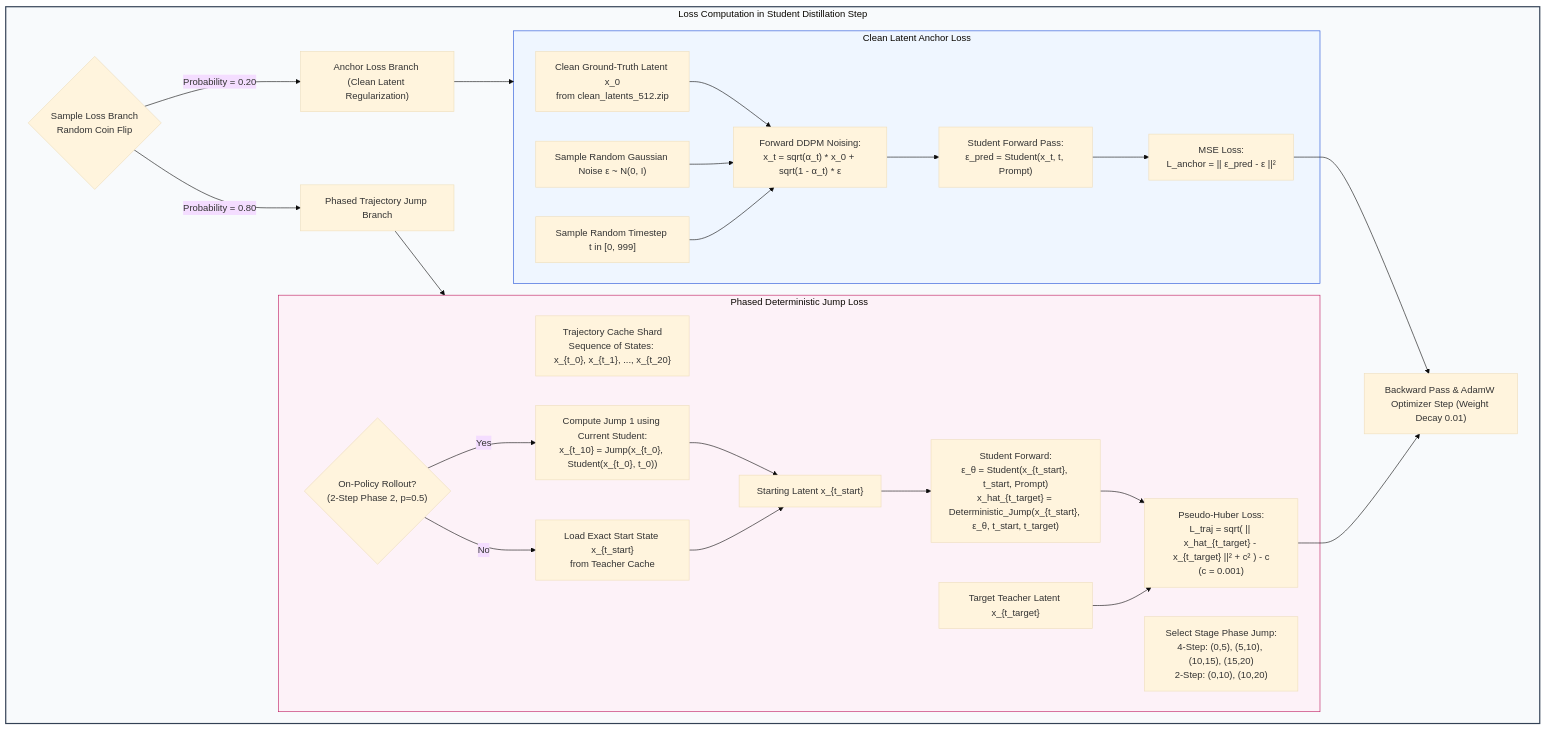
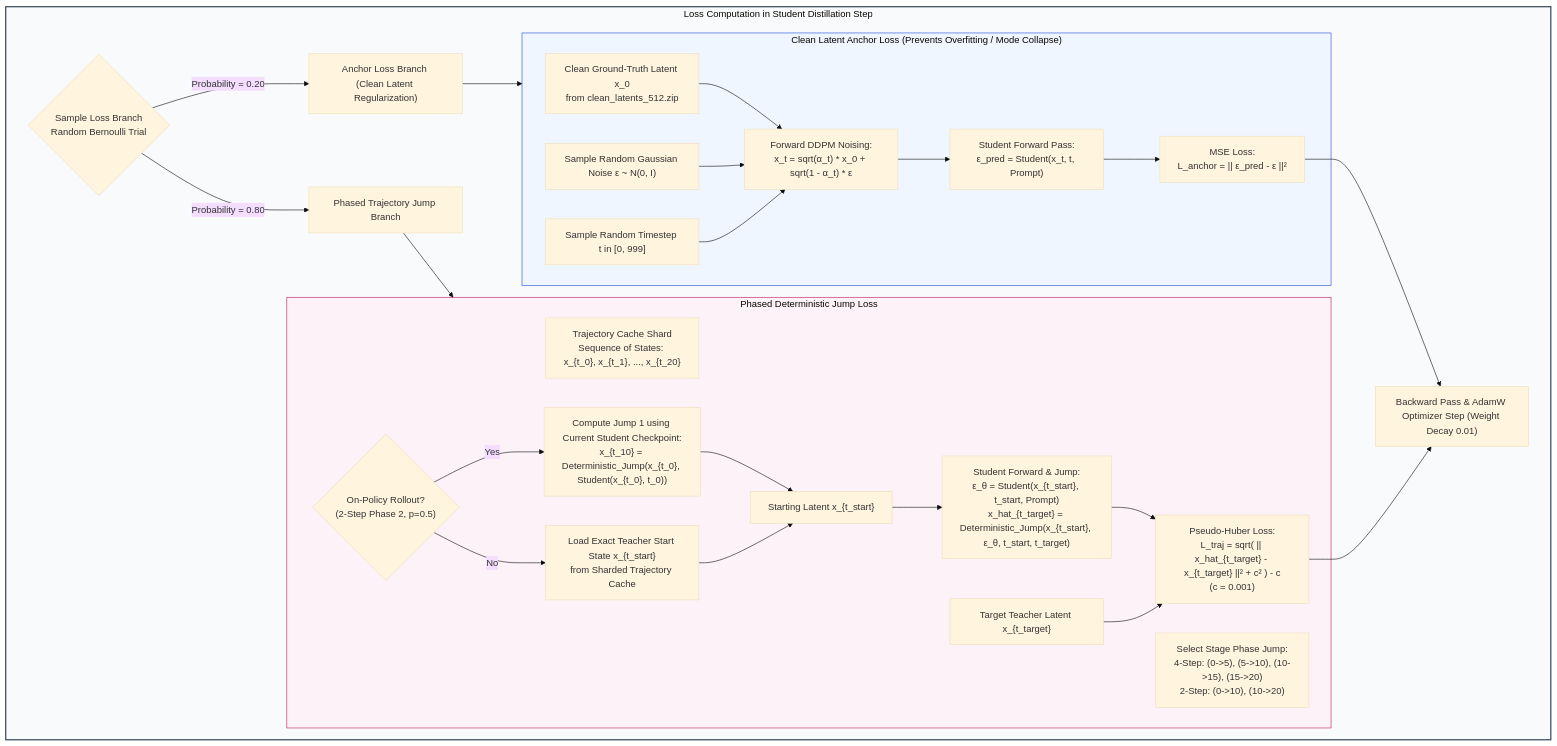
Before and after one commit to jackyckp/efficient-pixart-sigma-lora: the third of 7 diagrams in ARCHITECTURE_DIAGRAMS.md, drawn with Mermaid (base theme). The commit also changed other lines of this file and 6 other files, not shown here.

````diff
--- a/ARCHITECTURE_DIAGRAMS.md
+++ b/ARCHITECTURE_DIAGRAMS.md
@@ -153,52 +153,52 @@
 ```mermaid
 flowchart TD
     subgraph LossFormulation["Loss Computation in Student Distillation Step"]
-        Dice{"Sample Loss Branch<br/>Random Coin Flip"}
+        Dice{"Sample Loss Branch<br/>Random Bernoulli Trial"}
         
         Dice -->|Probability = 0.20| AnchorBranch["Anchor Loss Branch (Clean Latent Regularization)"]
         Dice -->|Probability = 0.80| TrajectoryBranch["Phased Trajectory Jump Branch"]
         
-        subgraph AnchorLoss["Clean Latent Anchor Loss"]
+        subgraph AnchorLoss["Clean Latent Anchor Loss (Prevents Overfitting / Mode Collapse)"]
             Z0["Clean Ground-Truth Latent x_0<br/>from clean_latents_512.zip"]
             Noise["Sample Random Gaussian Noise ε ~ N(0, I)"]
             T_rand["Sample Random Timestep t in [0, 999]"]
             Zt["Forward DDPM Noising:<br/>x_t = sqrt(α_t) * x_0 + sqrt(1 - α_t) * ε"]
             Pred_eps["Student Forward Pass:<br/>ε_pred = Student(x_t, t, Prompt)"]
             Loss_anchor["MSE Loss:<br/>L_anchor = || ε_pred - ε ||²"]
             
             Z0 & Noise & T_rand --> Zt --> Pred_eps --> Loss_anchor
         end
 
         subgraph TrajLoss["Phased Deterministic Jump Loss"]
             Cache["Trajectory Cache Shard<br/>Sequence of States: x_{t_0}, x_{t_1}, ..., x_{t_20}"]
-            Phase["Select Stage Phase Jump:<br/>4-Step: (0,5), (5,10), (10,15), (15,20)<br/>2-Step: (0,10), (10,20)"]
+            Phase["Select Stage Phase Jump:<br/>4-Step: (0->5), (5->10), (10->15), (15->20)<br/>2-Step: (0->10), (10->20)"]
             OnPolicy{"On-Policy Rollout?<br/>(2-Step Phase 2, p=0.5)"}
             
-            OnPolicy -->|Yes| Rollout["Compute Jump 1 using Current Student:<br/>x_{t_10} = Jump(x_{t_0}, Student(x_{t_0}, t_0))"]
-            OnPolicy -->|No| CacheState["Load Exact Start State x_{t_start}<br/>from Teacher Cache"]
+            OnPolicy -->|Yes| Rollout["Compute Jump 1 using Current Student Checkpoint:<br/>x_{t_10} = Deterministic_Jump(x_{t_0}, Student(x_{t_0}, t_0))"]
+            OnPolicy -->|No| CacheState["Load Exact Teacher Start State x_{t_start}<br/>from Sharded Trajectory Cache"]
             
             StartLatent["Starting Latent x_{t_start}"]
             TargetLatent["Target Teacher Latent x_{t_target}"]
             
             Rollout --> StartLatent
             CacheState --> StartLatent
             
-            StudentJump["Student Forward:<br/>ε_θ = Student(x_{t_start}, t_start, Prompt)<br/>x_hat_{t_target} = Deterministic_Jump(x_{t_start}, ε_θ, t_start, t_target)"]
+            StudentJump["Student Forward & Jump:<br/>ε_θ = Student(x_{t_start}, t_start, Prompt)<br/>x_hat_{t_target} = Deterministic_Jump(x_{t_start}, ε_θ, t_start, t_target)"]
             
             Loss_traj["Pseudo-Huber Loss:<br/>L_traj = sqrt( || x_hat_{t_target} - x_{t_target} ||² + c² ) - c<br/>(c = 0.001)"]
             
             StartLatent --> StudentJump
             StudentJump & TargetLatent --> Loss_traj
         end
 
         AnchorBranch --> AnchorLoss
         TrajectoryBranch --> TrajLoss
         
         Loss_anchor --> Backprop["Backward Pass & AdamW Optimizer Step (Weight Decay 0.01)"]
         Loss_traj --> Backprop
     end
 
     style LossFormulation fill:#f8fafc,stroke:#334155,stroke-width:2px;
     style AnchorLoss fill:#eff6ff,stroke:#1d4ed8,stroke-width:1px;
     style TrajLoss fill:#fdf2f8,stroke:#be185d,stroke-width:1px;
 ```
````
